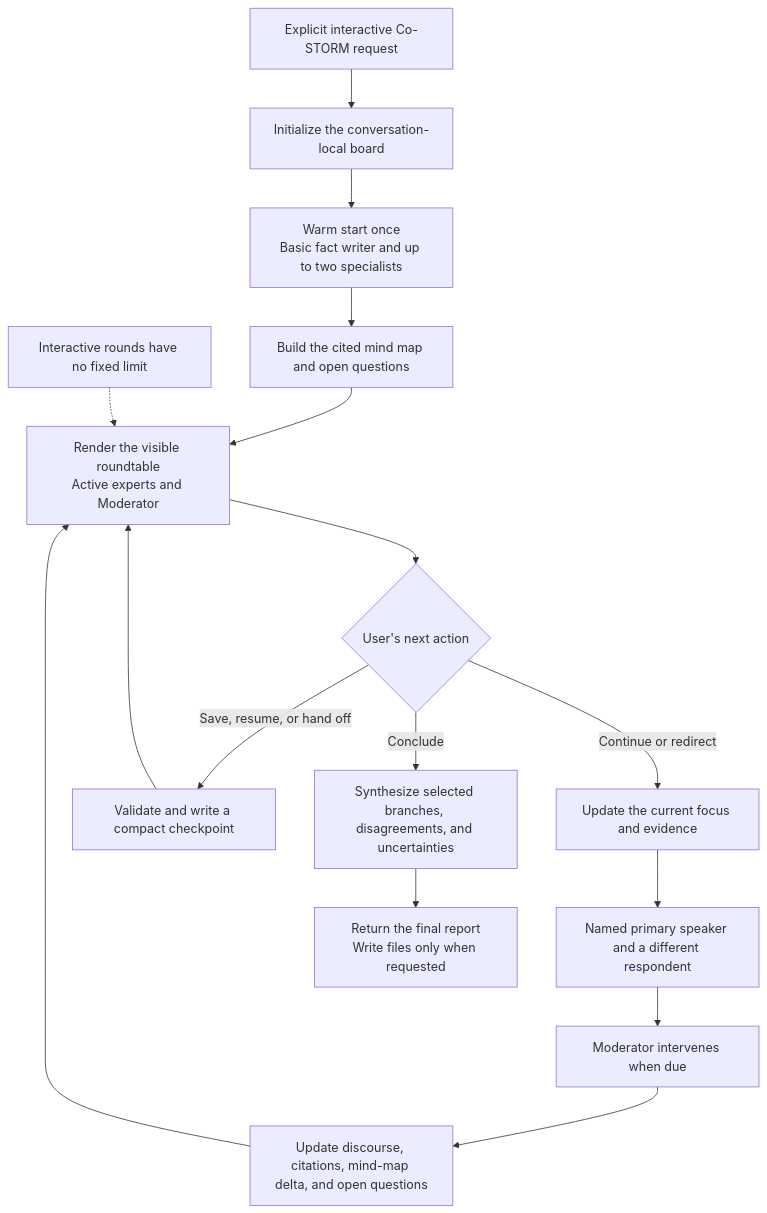
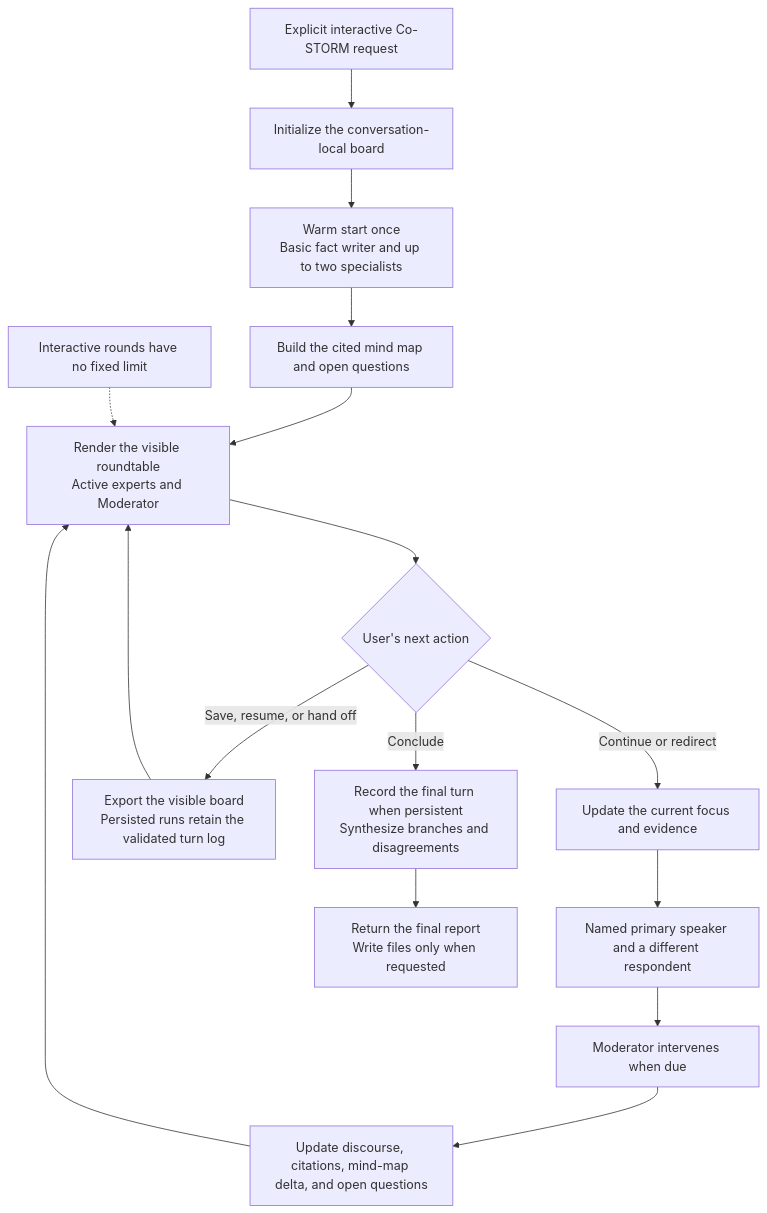
One commit to lizhouai/storm changed the diagram in README.md. Above: the diagram before and after it, drawn with Mermaid. The commit also changed other lines of this file and 17 other files, not shown here.

````diff
--- a/README.md
+++ b/README.md
@@ -177,22 +180,22 @@
 ```mermaid
 flowchart TD
     A["Explicit interactive Co-STORM request"] --> B["Initialize the conversation-local board"]
     B --> C["Warm start once<br/>Basic fact writer and up to two specialists"]
     C --> D["Build the cited mind map and open questions"]
     D --> E["Render the visible roundtable<br/>Active experts and Moderator"]
     E --> F{"User's next action"}
 
     F -->|"Continue or redirect"| G["Update the current focus and evidence"]
     G --> H["Named primary speaker and a different respondent"]
     H --> I["Moderator intervenes when due"]
     I --> J["Update discourse, citations, mind-map delta, and open questions"]
     J --> E
 
-    F -->|"Save, resume, or hand off"| K["Validate and write a compact checkpoint"]
+    F -->|"Save, resume, or hand off"| K["Export the visible board<br/>Persisted runs retain the validated turn log"]
     K --> E
 
-    F -->|"Conclude"| L["Synthesize selected branches, disagreements, and uncertainties"]
+    F -->|"Conclude"| L["Record the final turn when persistent<br/>Synthesize branches and disagreements"]
     L --> M["Return the final report<br/>Write files only when requested"]
 
     N["Interactive rounds have no fixed limit"] -.-> E
 ```
````
